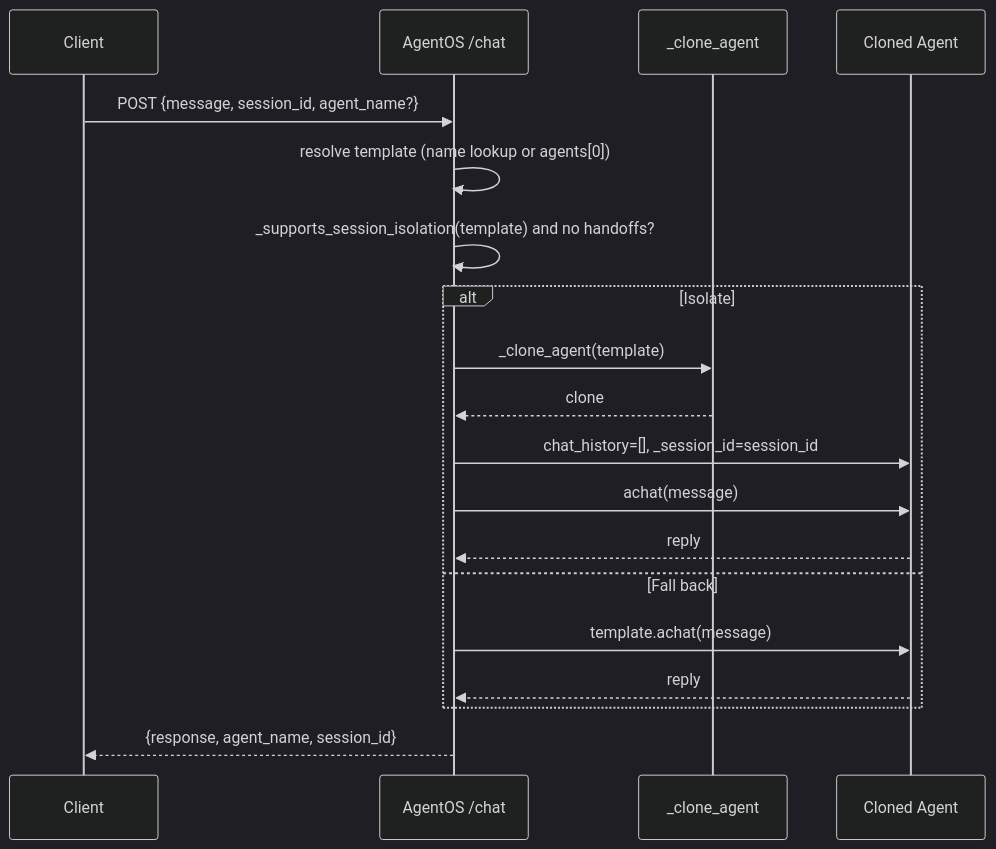
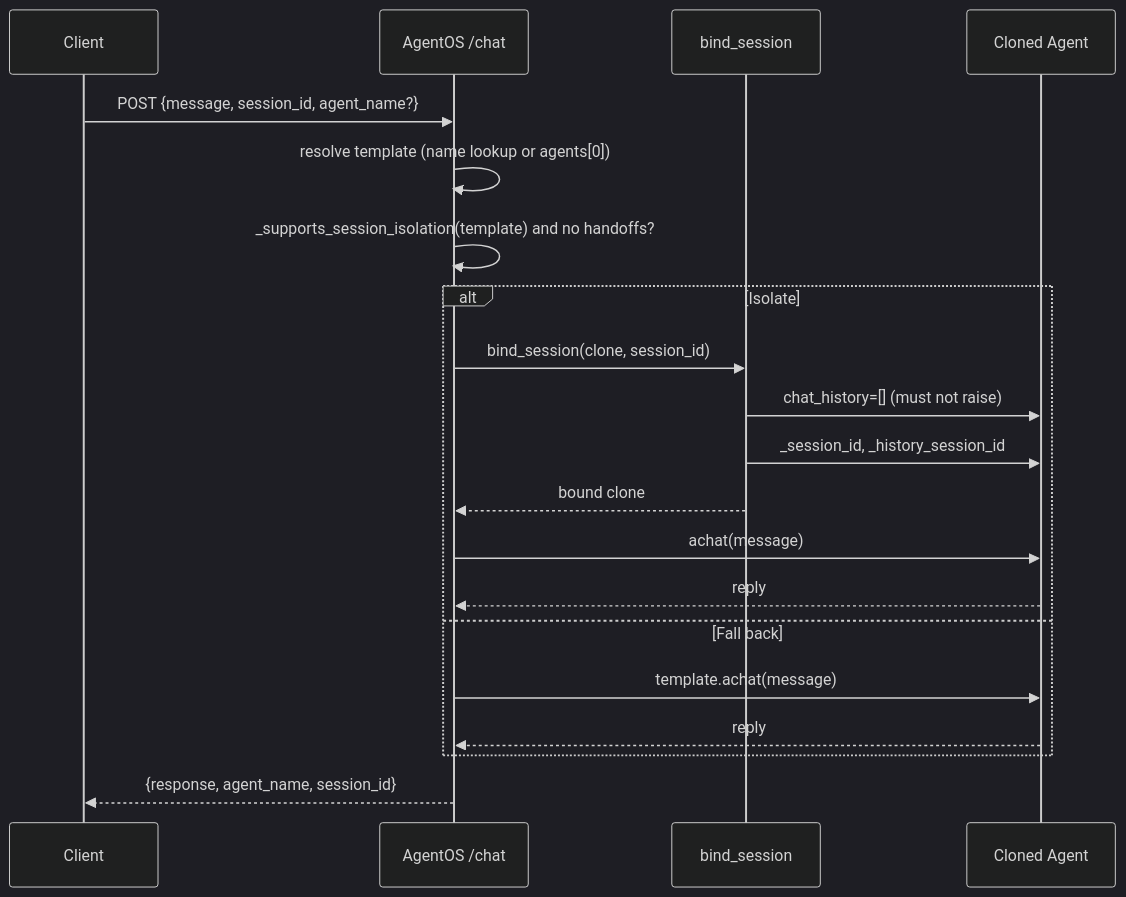
The second of 3 diagrams in docs/features/agentos-chat-session-isolation.mdx (MervinPraison/PraisonAIDocs), drawn with Mermaid (dark theme) before and after one commit. The commit also changed other lines of this file and 3 other files, not shown here.

````diff
--- a/docs/features/agentos-chat-session-isolation.mdx
+++ b/docs/features/agentos-chat-session-isolation.mdx
@@ -75,22 +75,23 @@
 ```mermaid
 sequenceDiagram
     participant Client
     participant AgentOS as AgentOS /chat
-    participant Helper as _clone_agent
+    participant Helper as bind_session
     participant Agent as Cloned Agent
 
     Client->>AgentOS: POST {message, session_id, agent_name?}
     AgentOS->>AgentOS: resolve template (name lookup or agents[0])
     AgentOS->>AgentOS: _supports_session_isolation(template) and no handoffs?
     alt Isolate
-        AgentOS->>Helper: _clone_agent(template)
-        Helper-->>AgentOS: clone
-        AgentOS->>Agent: chat_history=[], _session_id=session_id
+        AgentOS->>Helper: bind_session(clone, session_id)
+        Helper->>Agent: chat_history=[]  (must not raise)
+        Helper->>Agent: _session_id, _history_session_id
+        Helper-->>AgentOS: bound clone
         AgentOS->>Agent: achat(message)
         Agent-->>AgentOS: reply
     else Fall back
         AgentOS->>Agent: template.achat(message)
         Agent-->>AgentOS: reply
     end
     AgentOS-->>Client: {response, agent_name, session_id}
 ```
````
